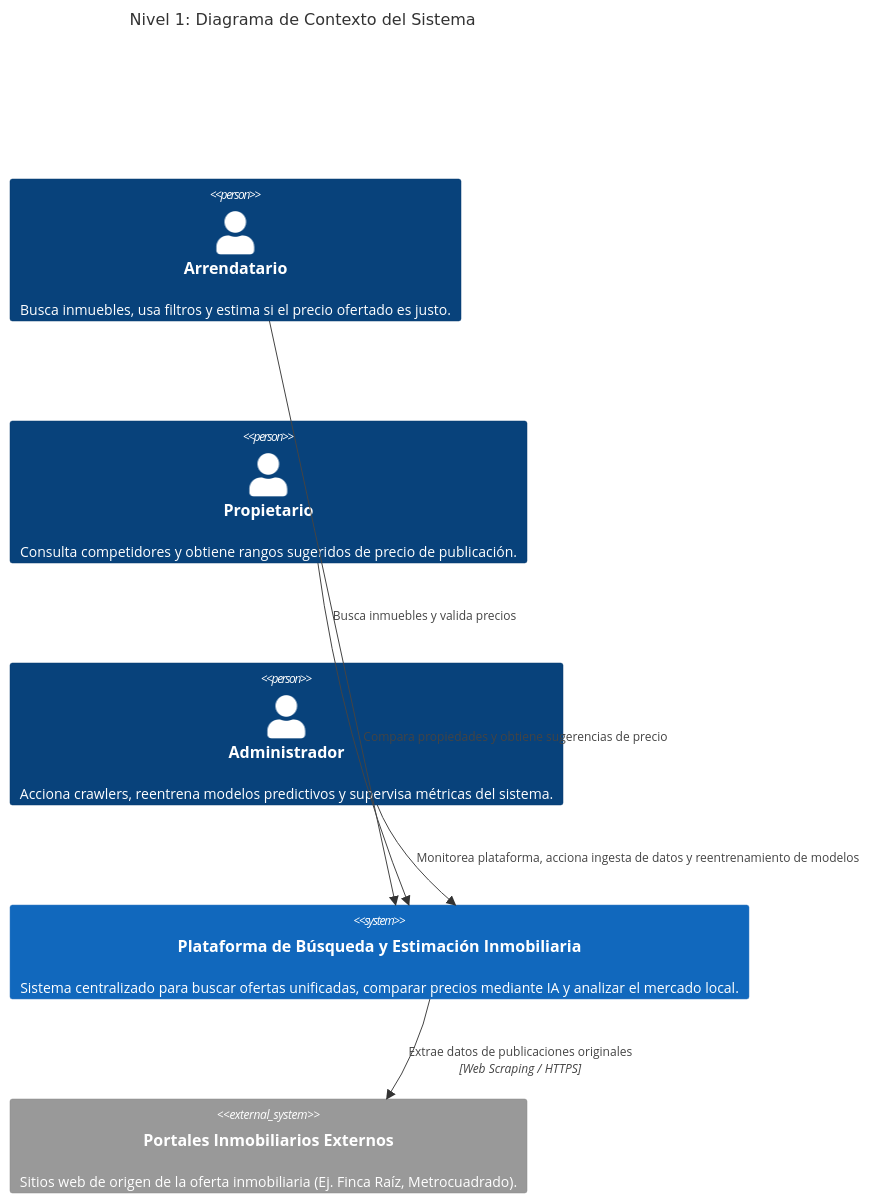
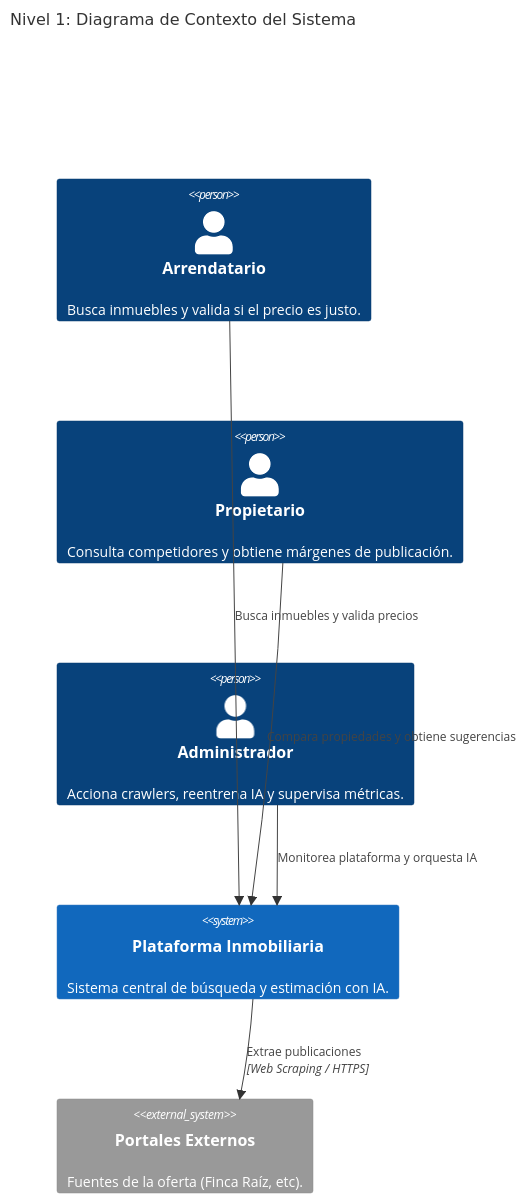
Before and after one commit to Hemanb34/Entregable-2: the first of 4 diagrams in Documentacion_Modelo_C4.md, drawn with Mermaid. The commit also changed other lines of this file, not shown here.

````diff
--- a/Documentacion_Modelo_C4.md
+++ b/Documentacion_Modelo_C4.md
@@ -15,17 +15,18 @@
 ```mermaid
 C4Context
 title Nivel 1: Diagrama de Contexto del Sistema
 
-Person(arrendatario, "Arrendatario", "Busca inmuebles, usa filtros y estima si el precio ofertado es justo.")
-Person(propietario, "Propietario", "Consulta competidores y obtiene rangos sugeridos de precio de publicación.")
-Person(admin, "Administrador", "Acciona crawlers, reentrena modelos predictivos y supervisa métricas del sistema.")
+Person(arrendatario, "Arrendatario", "Busca inmuebles y valida si el precio es justo.")
+Person(propietario, "Propietario", "Consulta competidores y obtiene márgenes de publicación.")
+Person(admin, "Administrador", "Acciona crawlers, reentrena IA y supervisa métricas.")
 
-System(sistema, "Plataforma de Búsqueda y Estimación Inmobiliaria", "Sistema centralizado para buscar ofertas unificadas, comparar precios mediante IA y analizar el mercado local.")
+System(sistema, "Plataforma Inmobiliaria", "Sistema central de búsqueda y estimación con IA.")
+System_Ext(portales, "Portales Externos", "Fuentes de la oferta (Finca Raíz, etc).")
 
-System_Ext(portales, "Portales Inmobiliarios Externos", "Sitios web de origen de la oferta inmobiliaria (Ej. Finca Raíz, Metrocuadrado).")
+Rel_D(arrendatario, sistema, "Busca inmuebles y valida precios")
+Rel_D(propietario, sistema, "Compara propiedades y obtiene sugerencias")
+Rel_D(admin, sistema, "Monitorea plataforma y orquesta IA")
+Rel_D(sistema, portales, "Extrae publicaciones", "Web Scraping / HTTPS")
 
-Rel(arrendatario, sistema, "Busca inmuebles y valida precios")
-Rel(propietario, sistema, "Compara propiedades y obtiene sugerencias de precio")
-Rel(admin, sistema, "Monitorea plataforma, acciona ingesta de datos y reentrenamiento de modelos")
-Rel(sistema, portales, "Extrae datos de publicaciones originales", "Web Scraping / HTTPS")
+UpdateLayoutConfig($c4ShapeInRow="3", $c4BoundaryInRow="1")
 ```
````
